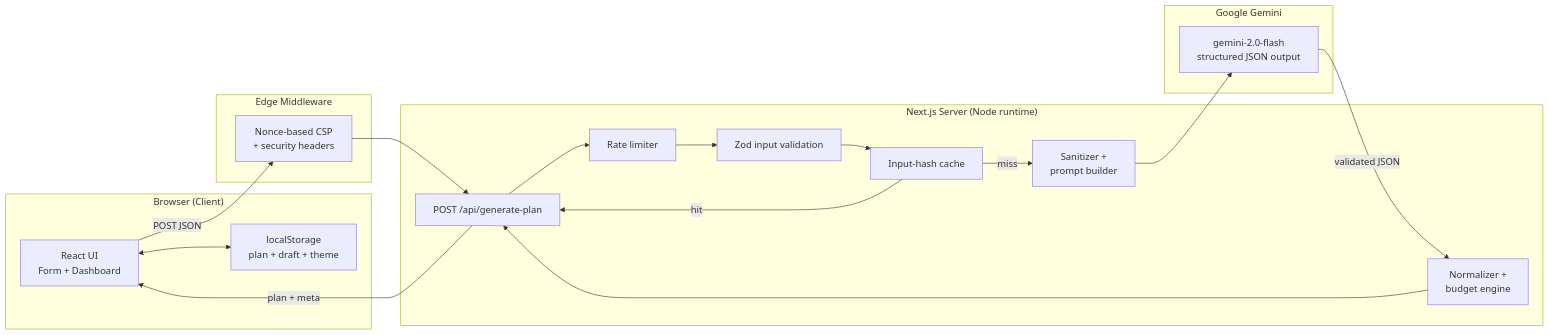
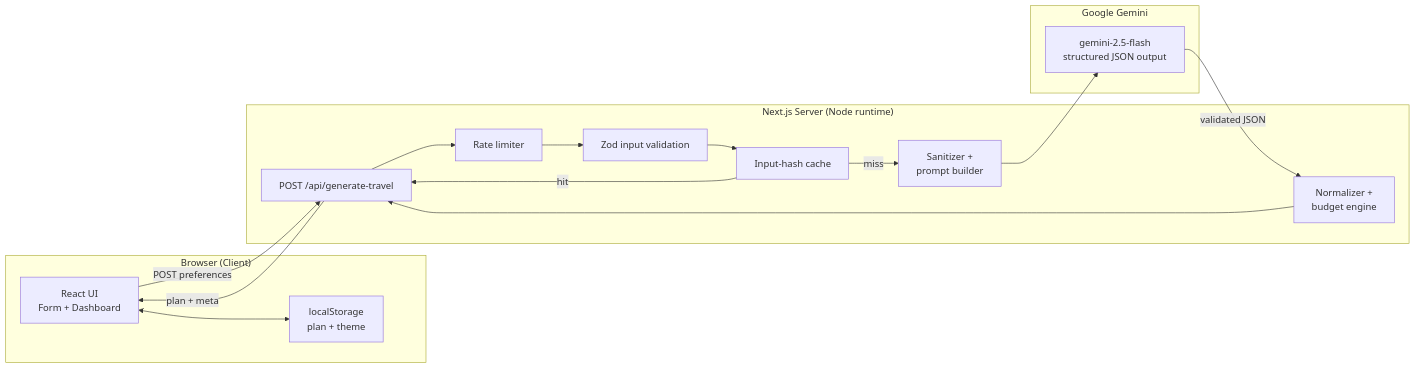
One commit to TanuShree952838/LocaleLore changed the diagram in README.md. Above: the diagram before and after it, drawn with Mermaid. The commit also changed other lines of this file, not shown here.

````diff
--- a/README.md
+++ b/README.md
@@ -44,32 +159,28 @@
 ```mermaid
 flowchart LR
   subgraph Client["Browser (Client)"]
     UI["React UI<br/>Form + Dashboard"]
-    LS["localStorage<br/>plan + draft + theme"]
+    LS["localStorage<br/>plan + theme"]
     UI <--> LS
   end
 
-  subgraph Edge["Edge Middleware"]
-    CSP["Nonce-based CSP<br/>+ security headers"]
-  end
-
   subgraph Server["Next.js Server (Node runtime)"]
-    API["POST /api/generate-plan"]
+    API["POST /api/generate-travel"]
     RL["Rate limiter"]
     VAL["Zod input validation"]
     CACHE["Input-hash cache"]
     SAN["Sanitizer +<br/>prompt builder"]
     NORM["Normalizer +<br/>budget engine"]
   end
 
   subgraph AI["Google Gemini"]
-    GEM["gemini-2.0-flash<br/>structured JSON output"]
+    GEM["gemini-2.5-flash<br/>structured JSON output"]
   end
 
-  UI -->|"POST JSON"| CSP --> API
+  UI -->|"POST preferences"| API
   API --> RL --> VAL --> CACHE
   CACHE -->|"miss"| SAN --> GEM
   GEM -->|"validated JSON"| NORM --> API
   CACHE -->|"hit"| API
   API -->|"plan + meta"| UI
 ```
````
